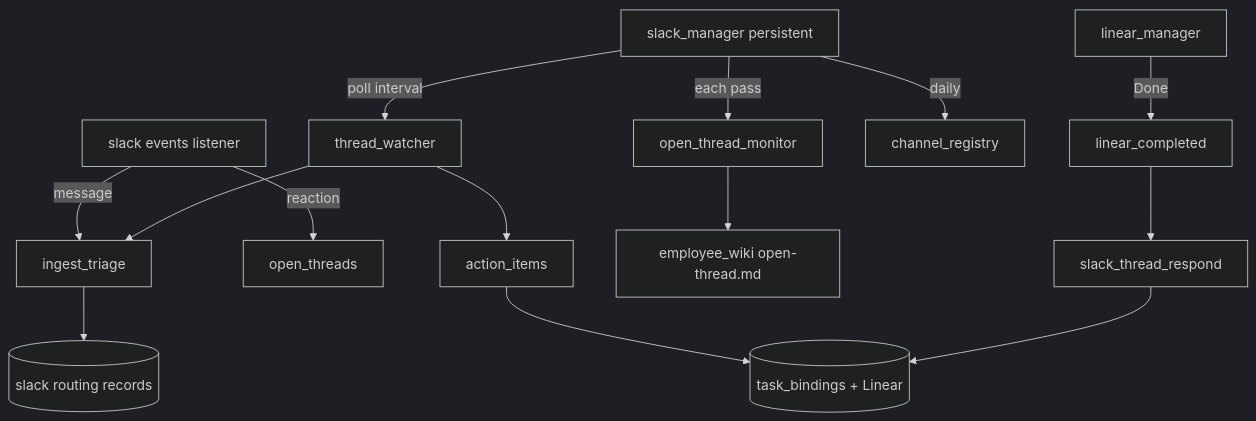
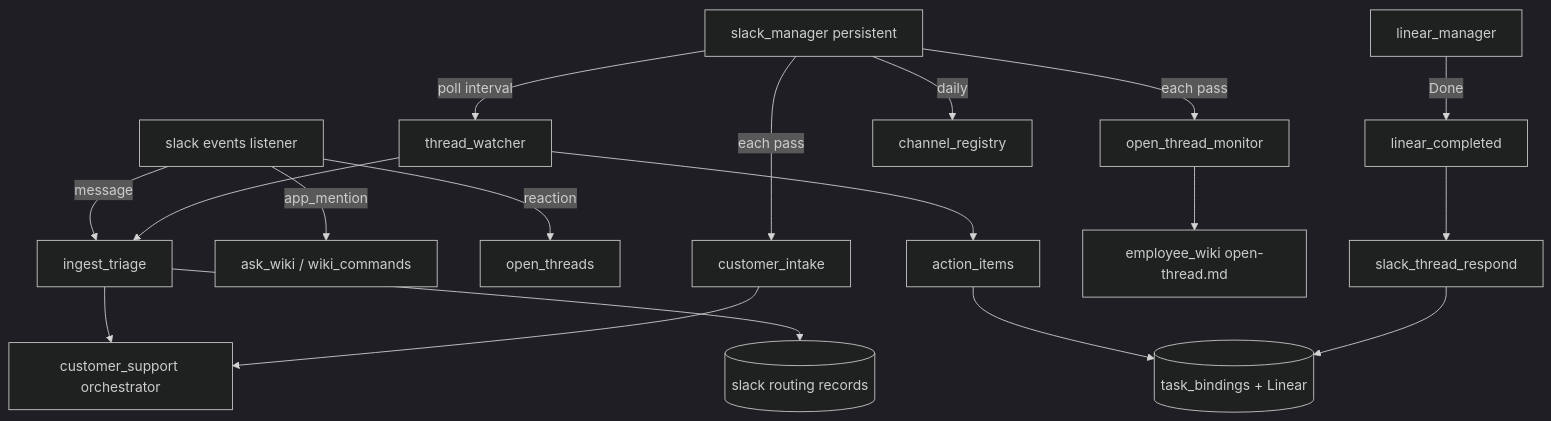
Before and after one commit to NickyHeC/4r7a: the fourth of 5 diagrams in docs/agents/operations.md, drawn with Mermaid (dark theme). The commit also changed other lines of this file and 26 other files, not shown here.

First line of the commit message:
Add Slack customer support, @wiki interactive, and issue sync (sessions 4–6).

````diff
--- a/docs/agents/operations.md
+++ b/docs/agents/operations.md
@@ -552,16 +562,20 @@
 ```mermaid
 flowchart TD
   EV[slack events listener] -->|message| TRI[ingest_triage]
+  EV -->|app_mention| AW[ask_wiki / wiki_commands]
   EV -->|reaction| OT[open_threads]
   SM[slack_manager persistent] -->|poll interval| TW[thread_watcher]
   SM -->|each pass| OTM[open_thread_monitor]
+  SM -->|each pass| CI[customer_intake]
   SM -->|daily| CR[channel_registry]
   TW --> TRI
   TW --> AI[action_items]
+  TRI --> CS[customer_support orchestrator]
+  CI --> CS
   TRI --> RR[(slack routing records)]
   OTM --> EW[employee_wiki open-thread.md]
   AI --> TB[(task_bindings + Linear)]
   LM[linear_manager] -->|Done| LC[linear_completed]
   LC --> STR[slack_thread_respond]
   STR --> TB
 ```
````
